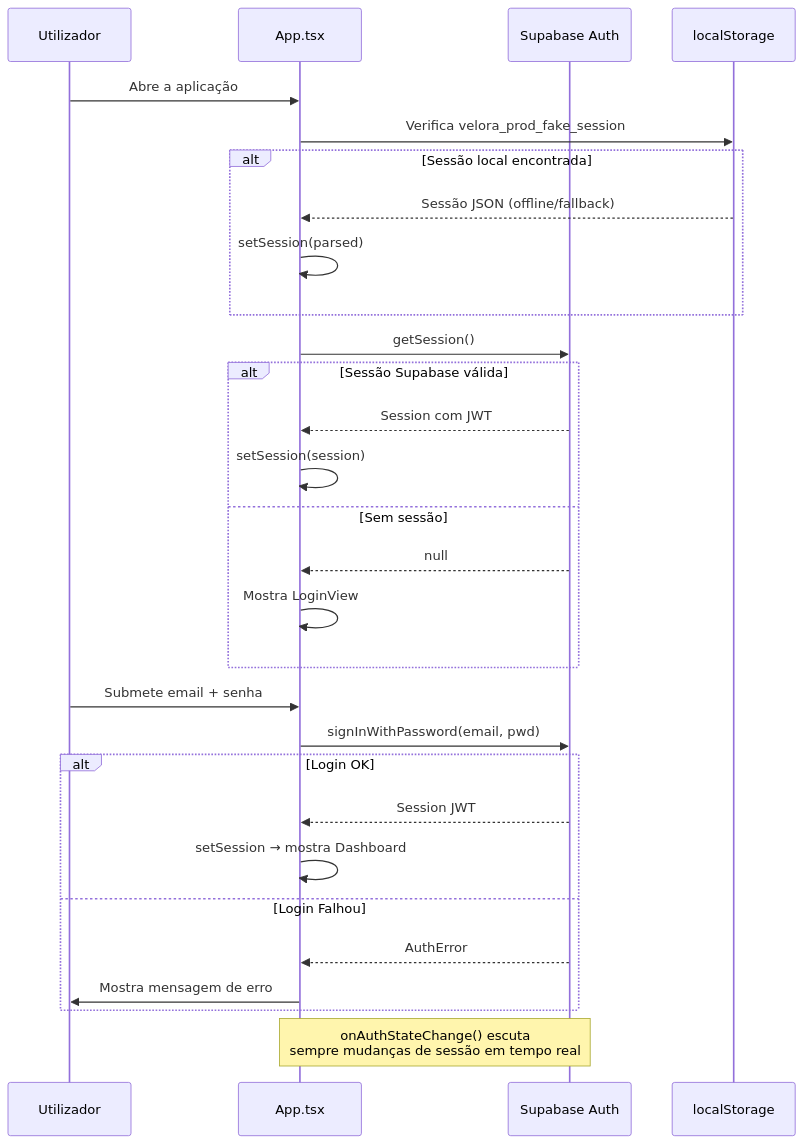
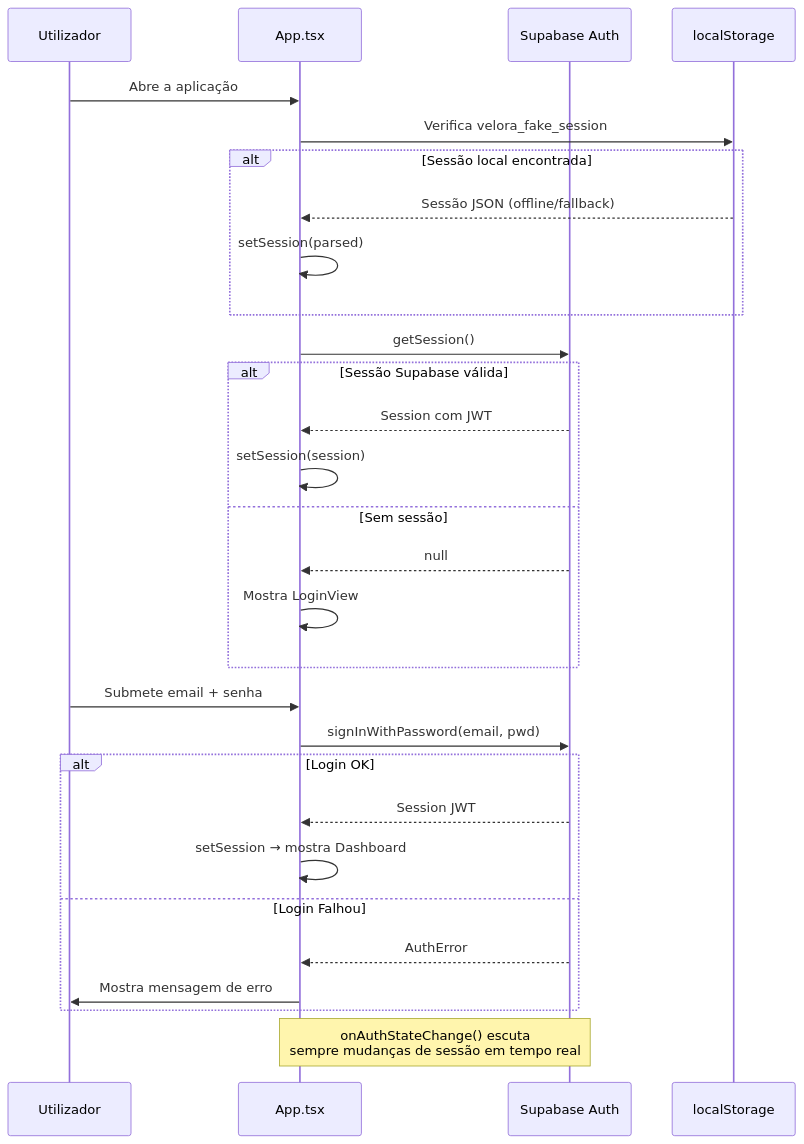
The second of 5 diagrams in docs/walkthrough.md (elidiojoaomaibass-lgtm/Evolux), drawn with Mermaid before and after one commit. The commit also changed other lines of this file and 31 other files, not shown here.

````diff
--- a/docs/walkthrough.md
+++ b/docs/walkthrough.md
@@ -171,34 +171,34 @@
 ```mermaid
 sequenceDiagram
     participant U as Utilizador
     participant APP as App.tsx
     participant SB as Supabase Auth
     participant LS as localStorage
 
     U->>APP: Abre a aplicação
-    APP->>LS: Verifica velora_prod_fake_session
+    APP->>LS: Verifica velora_fake_session
     alt Sessão local encontrada
         LS-->>APP: Sessão JSON (offline/fallback)
         APP->>APP: setSession(parsed)
     end
     APP->>SB: getSession()
     alt Sessão Supabase válida
         SB-->>APP: Session com JWT
         APP->>APP: setSession(session)
     else Sem sessão
         SB-->>APP: null
         APP->>APP: Mostra LoginView
     end
 
     U->>APP: Submete email + senha
     APP->>SB: signInWithPassword(email, pwd)
     alt Login OK
         SB-->>APP: Session JWT
         APP->>APP: setSession → mostra Dashboard
     else Login Falhou
         SB-->>APP: AuthError
         APP->>U: Mostra mensagem de erro
     end
 
     Note over APP,SB: onAuthStateChange() escuta<br/>sempre mudanças de sessão em tempo real
 ```
````
